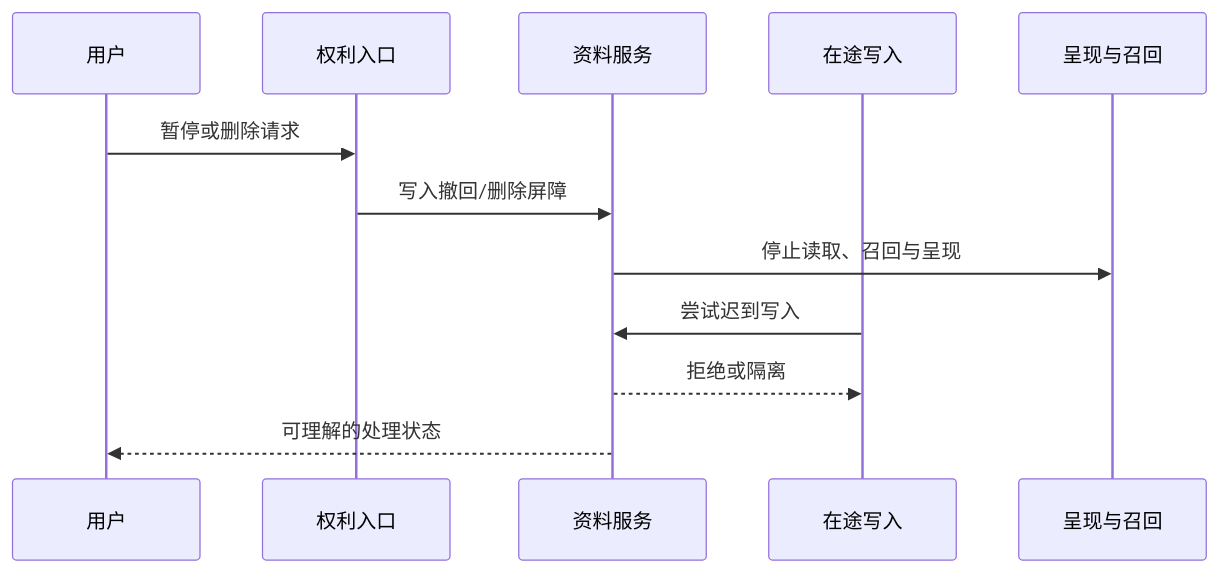
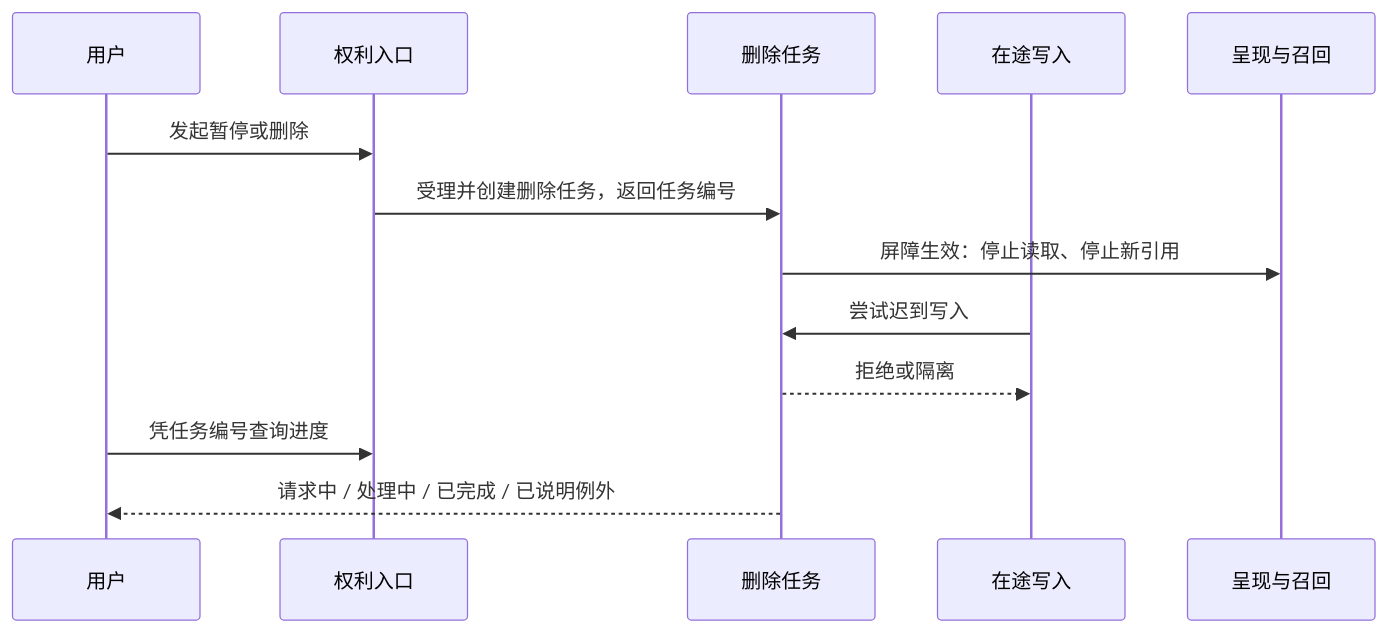
The third of 9 diagrams in docs/球球全套资料/4.产品设计/38-隐私、记忆删除与数据生命周期设计.md (weiz98417-crypto/qiuqiu), drawn with Mermaid before and after one commit. The commit also changed other lines of this file and 49 other files, not shown here.

````diff
--- a/docs/球球全套资料/4.产品设计/38-隐私、记忆删除与数据生命周期设计.md
+++ b/docs/球球全套资料/4.产品设计/38-隐私、记忆删除与数据生命周期设计.md
@@ -223,14 +223,15 @@
 ```mermaid
 sequenceDiagram
     participant U as 用户
     participant P as 权利入口
-    participant S as 资料服务
+    participant S as 删除任务
     participant W as 在途写入
     participant R as 呈现与召回
-    U->>P: 暂停或删除请求
-    P->>S: 写入撤回/删除屏障
-    S->>R: 停止读取、召回与呈现
+    U->>P: 发起暂停或删除
+    P->>S: 受理并创建删除任务，返回任务编号
+    S->>R: 屏障生效：停止读取、停止新引用
     W->>S: 尝试迟到写入
     S-->>W: 拒绝或隔离
-    S-->>U: 可理解的处理状态
+    U->>P: 凭任务编号查询进度
+    S-->>U: 请求中 / 处理中 / 已完成 / 已说明例外
 ```
````
